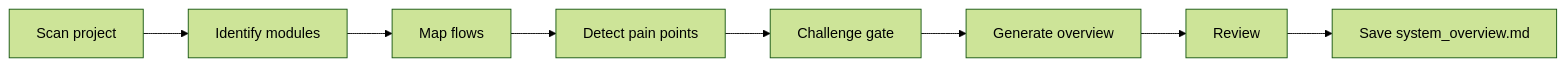
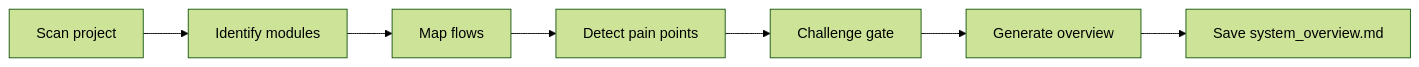
One commit to ai-driven-dev/framework changed the diagram in skills/pm-system-overview/SKILL.md. Above: the diagram before and after it, drawn with Mermaid (forest theme). The commit also changed other lines of this file and 32 other files, not shown here.

First line of the commit message:
refactor: simplify agents, enforce template adherence, align flows with courses

````diff
--- a/skills/pm-system-overview/SKILL.md
+++ b/skills/pm-system-overview/SKILL.md
@@ -32,4 +32,4 @@
 ```mermaid
 flowchart LR
-    A[Scan project] --> B[Identify modules] --> C[Map flows] --> D[Detect pain points] --> E[Challenge gate] --> F[Generate overview] --> G[Review] --> H[Save system_overview.md]
+    A[Scan project] --> B[Identify modules] --> C[Map flows] --> D[Detect pain points] --> E[Challenge gate] --> F[Generate overview] --> G[Save system_overview.md]
 ```
````
